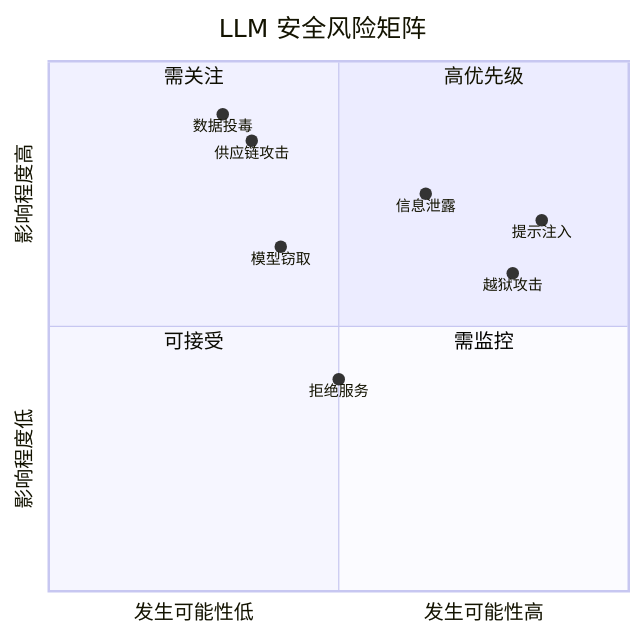
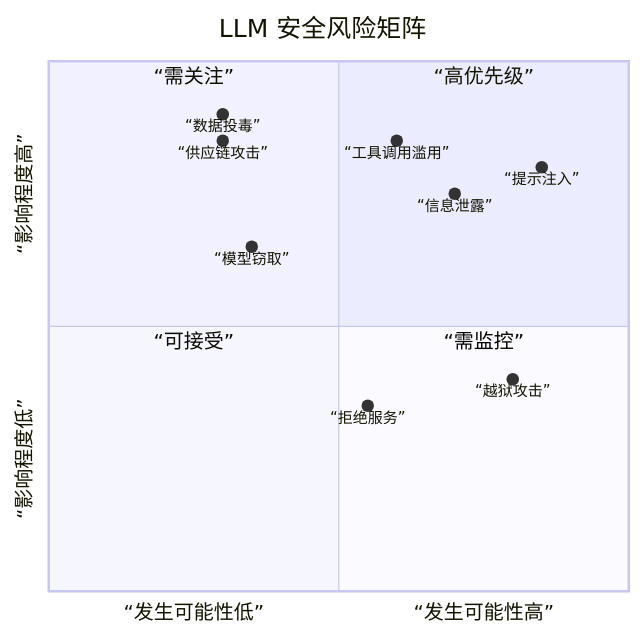
Before and after one commit to yeasy/ai_security_guide: the second of 2 diagrams in 01_intro/1.4_threat_landscape.md, drawn with Mermaid. The commit also changed other lines of this file, not shown here.

````diff
--- a/01_intro/1.4_threat_landscape.md
+++ b/01_intro/1.4_threat_landscape.md
@@ -134,17 +132,18 @@
 ```mermaid
 quadrantChart
     title LLM 安全风险矩阵
-    x-axis "发生可能性低" --> "发生可能性高"
-    y-axis "影响程度低" --> "影响程度高"
-    quadrant-1 "高优先级"
-    quadrant-2 "需关注"
-    quadrant-3 "可接受"
-    quadrant-4 "需监控"
-    "提示注入": [0.85, 0.7]
-    "越狱攻击": [0.8, 0.6]
-    "信息泄露": [0.65, 0.75]
-    "数据投毒": [0.3, 0.9]
-    "模型窃取": [0.4, 0.65]
-    "拒绝服务": [0.5, 0.4]
-    "供应链攻击": [0.35, 0.85]
+    x-axis “发生可能性低” --> “发生可能性高”
+    y-axis “影响程度低” --> “影响程度高”
+    quadrant-1 “高优先级”
+    quadrant-2 “需关注”
+    quadrant-3 “可接受”
+    quadrant-4 “需监控”
+    “提示注入”: [0.85, 0.8]
+    “信息泄露”: [0.7, 0.75]
+    “越狱攻击”: [0.8, 0.4]
+    “工具调用滥用”: [0.6, 0.85]
+    “数据投毒”: [0.3, 0.9]
+    “模型窃取”: [0.35, 0.65]
+    “拒绝服务”: [0.55, 0.35]
+    “供应链攻击”: [0.3, 0.85]
 ```
````
